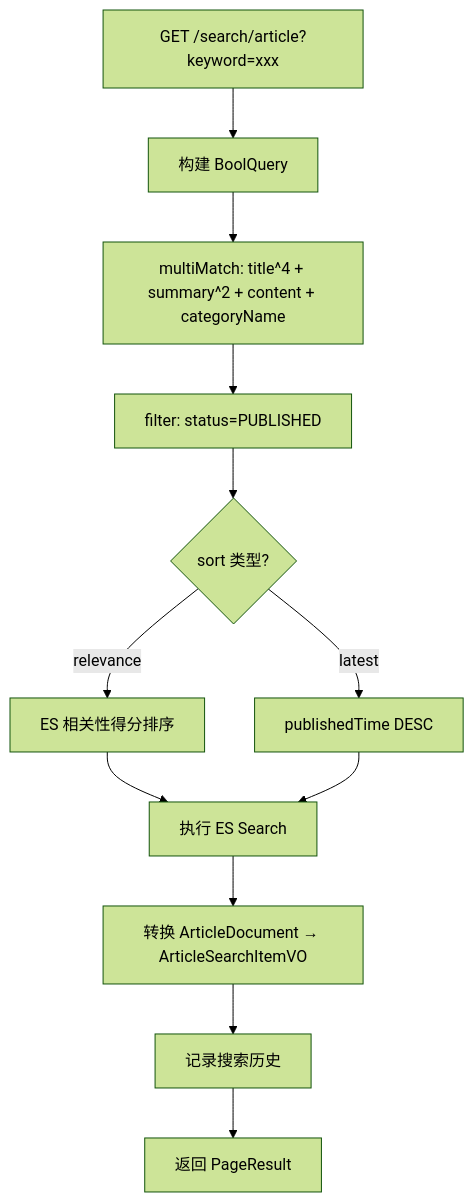
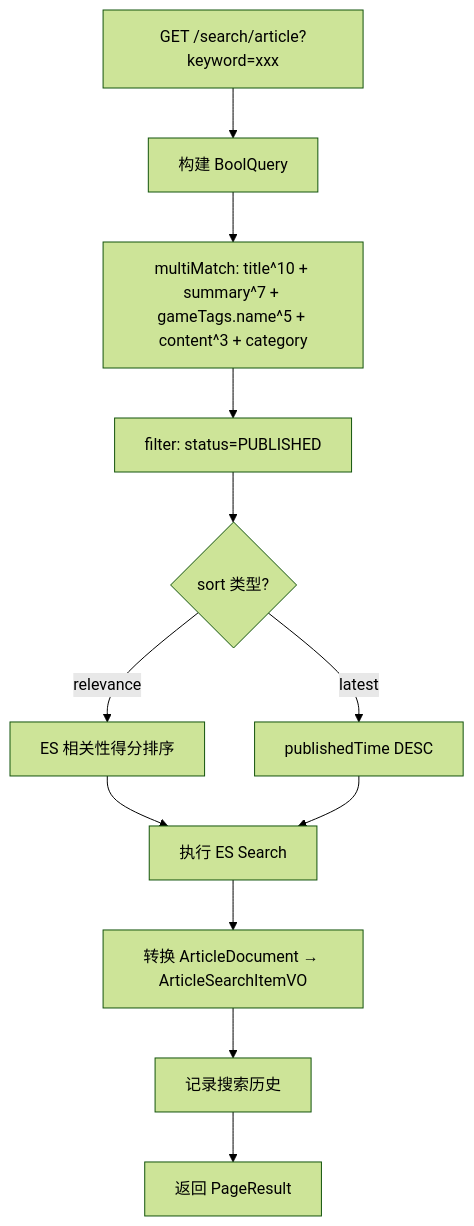
Before and after one commit to maa-hh/game-community-platform: the first of 4 diagrams in docs/v2/search-service.md, drawn with Mermaid (forest theme). The commit also changed other lines of this file and 9 other files, not shown here.

````diff
--- a/docs/v2/search-service.md
+++ b/docs/v2/search-service.md
@@ -381,14 +381,14 @@
 ```mermaid
 flowchart TD
     A[GET /search/article?keyword=xxx] --> B[构建 BoolQuery]
-    B --> C[multiMatch: title^4 + summary^2 + content + categoryName]
+    B --> C[multiMatch: title^10 + summary^7 + gameTags.name^5 + content^3 + category]
     C --> D[filter: status=PUBLISHED]
     D --> E{sort 类型?}
     E -->|relevance| F[ES 相关性得分排序]
     E -->|latest| G[publishedTime DESC]
     F --> H[执行 ES Search]
     G --> H
     H --> I[转换 ArticleDocument → ArticleSearchItemVO]
     I --> J[记录搜索历史]
     J --> K[返回 PageResult]
 ```
````
